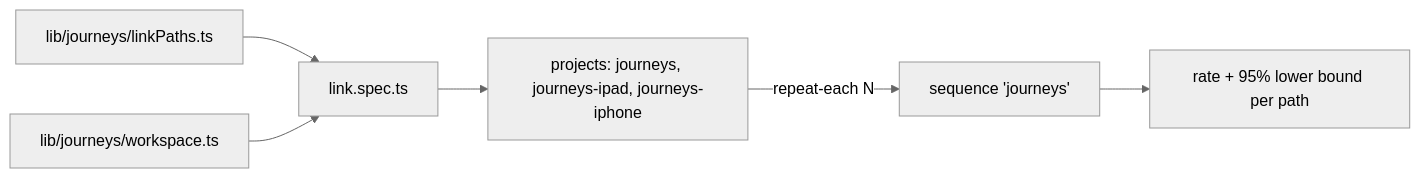
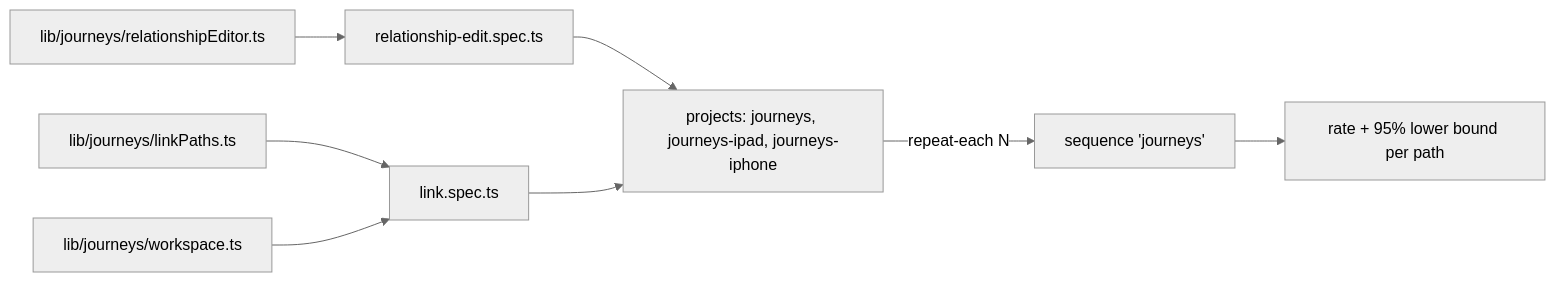
One commit to GraphDone/GraphDone-Core changed the diagram in tests/e2e/journeys/README.md. Above: the diagram before and after it, drawn with Mermaid (neutral theme). The commit also changed other lines of this file and 7 other files, not shown here.

First line of the commit message:
test: relationship edit journey on every device and backend (#262)

````diff
--- a/tests/e2e/journeys/README.md
+++ b/tests/e2e/journeys/README.md
@@ -10,8 +10,10 @@
 ```mermaid
 flowchart LR
   paths["lib/journeys/linkPaths.ts"] --> spec["link.spec.ts"]
   ws["lib/journeys/workspace.ts"] --> spec
+  ed["lib/journeys/relationshipEditor.ts"] --> rel["relationship-edit.spec.ts"]
+  rel --> proj
   spec --> proj["projects: journeys, journeys-ipad, journeys-iphone"]
   proj -->|"repeat-each N"| seq["sequence 'journeys'"]
   seq --> rep["rate + 95% lower bound per path"]
 ```
````
